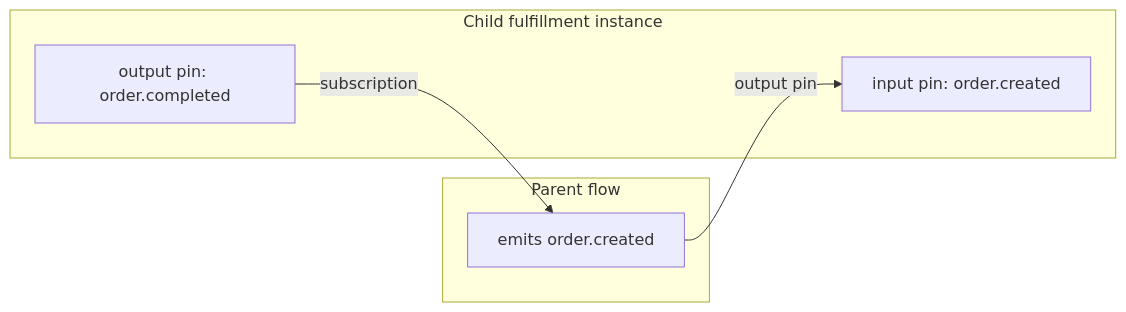
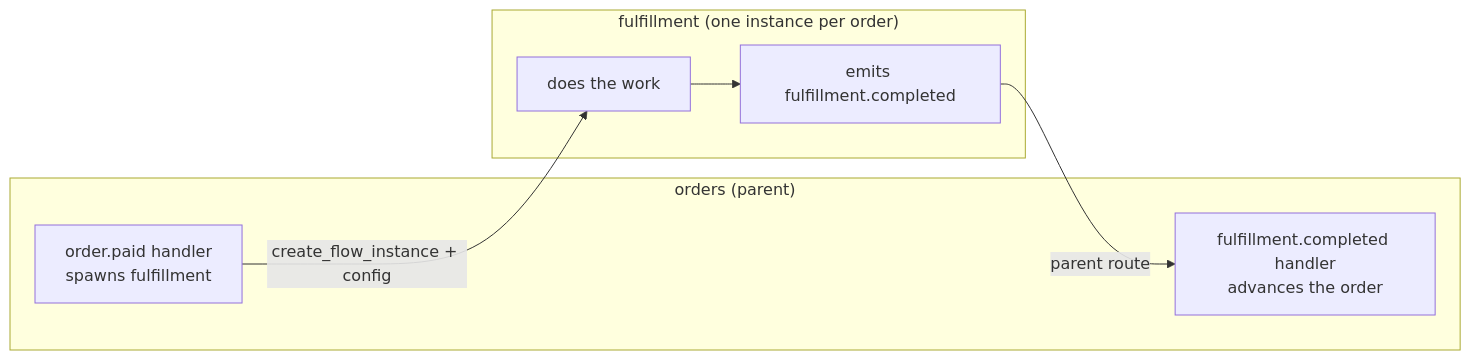
The diagram in build/composition.mdx (division-sh/docs), drawn with Mermaid before and after one commit. The commit also changed other lines of this file, not shown here.

````diff
--- a/build/composition.mdx
+++ b/build/composition.mdx
@@ -12,12 +17,14 @@
 ```mermaid
 flowchart LR
-    subgraph parent [Parent flow]
-      A["emits order.created"]
+    subgraph orders["orders (parent)"]
+      OP["order.paid handler<br/>spawns fulfillment"]
+      OR["fulfillment.completed handler<br/>advances the order"]
     end
-    subgraph child [Child fulfillment instance]
-      B["input pin: order.created"]
-      C["output pin: order.completed"]
+    subgraph ful["fulfillment (one instance per order)"]
+      F1["does the work"]
+      F2["emits fulfillment.completed"]
     end
-    A -->|output pin| B
-    C -->|subscription| A
+    OP -->|"create_flow_instance + config"| F1
+    F1 --> F2
+    F2 -->|"parent route"| OR
 ```
````
